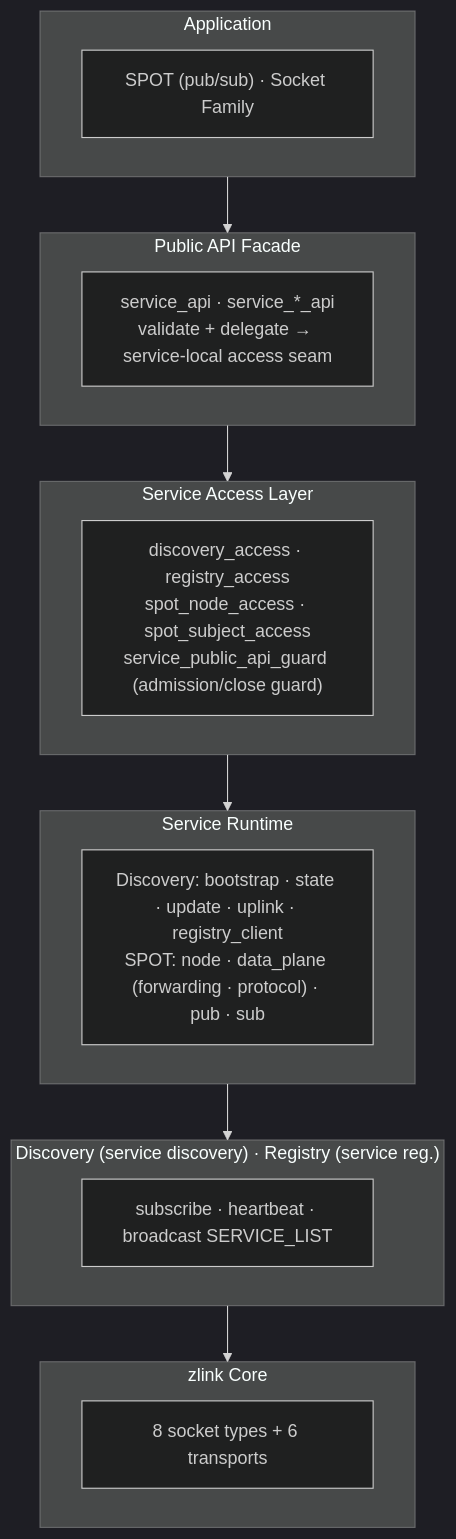
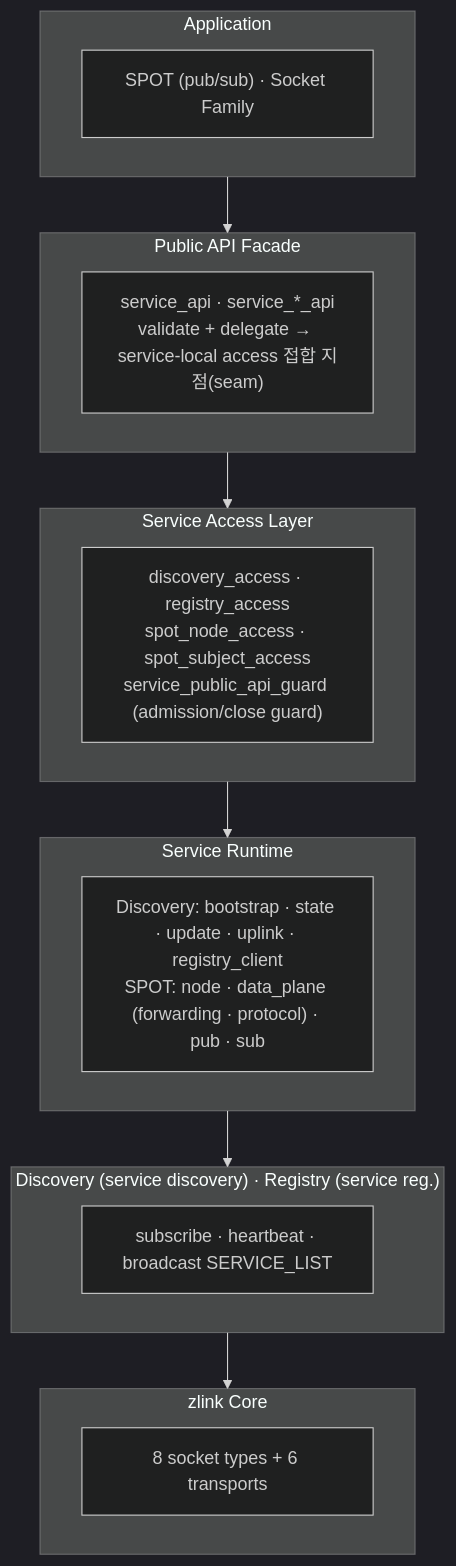
Before and after one commit to kairos-code-dev/zlink: the first of 3 diagrams in doc/guide/07-0-services.ko.md, drawn with Mermaid (dark theme). The commit also changed other lines of this file and 196 other files, not shown here.

````diff
--- a/doc/guide/07-0-services.ko.md
+++ b/doc/guide/07-0-services.ko.md
@@ -16,28 +16,28 @@
 ```mermaid
 flowchart TB
     subgraph app["Application"]
         A1["SPOT (pub/sub) · Socket Family"]
     end
 
     subgraph facade["Public API Facade"]
-        F1["service_api · service_*_api<br/>validate + delegate → service-local access seam"]
+        F1["service_api · service_*_api<br/>validate + delegate → service-local access 접합 지점(seam)"]
     end
 
     subgraph access["Service Access Layer"]
         AC1["discovery_access · registry_access<br/>spot_node_access · spot_subject_access<br/>service_public_api_guard (admission/close guard)"]
     end
 
     subgraph runtime["Service Runtime"]
         RT1["Discovery: bootstrap · state · update · uplink · registry_client<br/>SPOT: node · data_plane (forwarding · protocol) · pub · sub"]
     end
 
     subgraph infra["Discovery (service discovery) · Registry (service reg.)"]
         IN1["subscribe · heartbeat · broadcast SERVICE_LIST"]
     end
 
     subgraph core["zlink Core"]
         C1["8 socket types + 6 transports"]
     end
 
     app --> facade --> access --> runtime --> infra --> core
 ```
````
